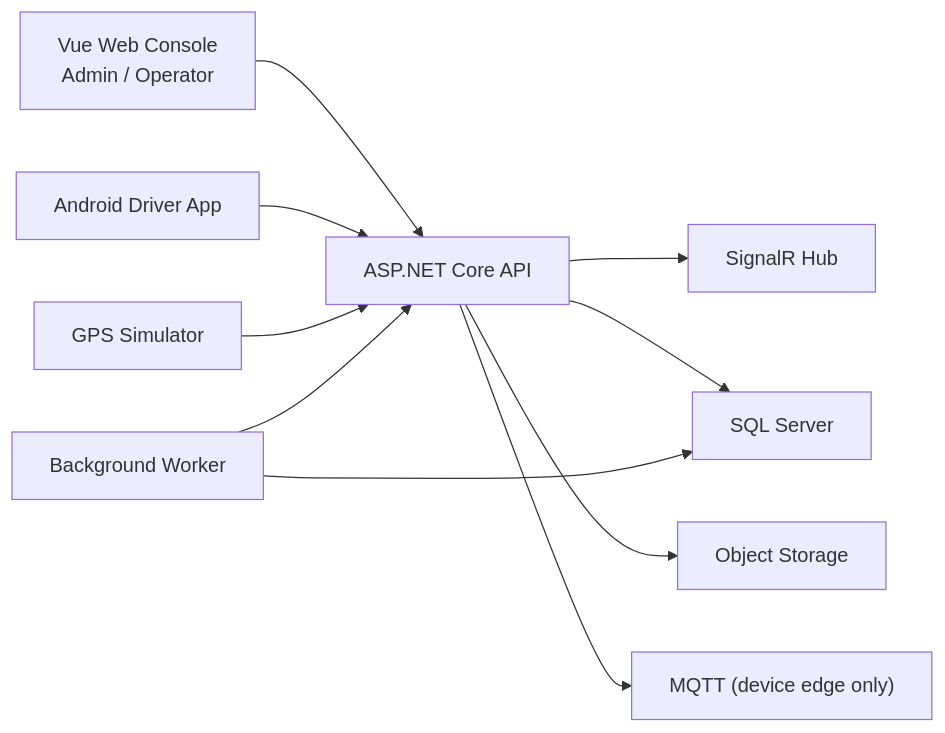
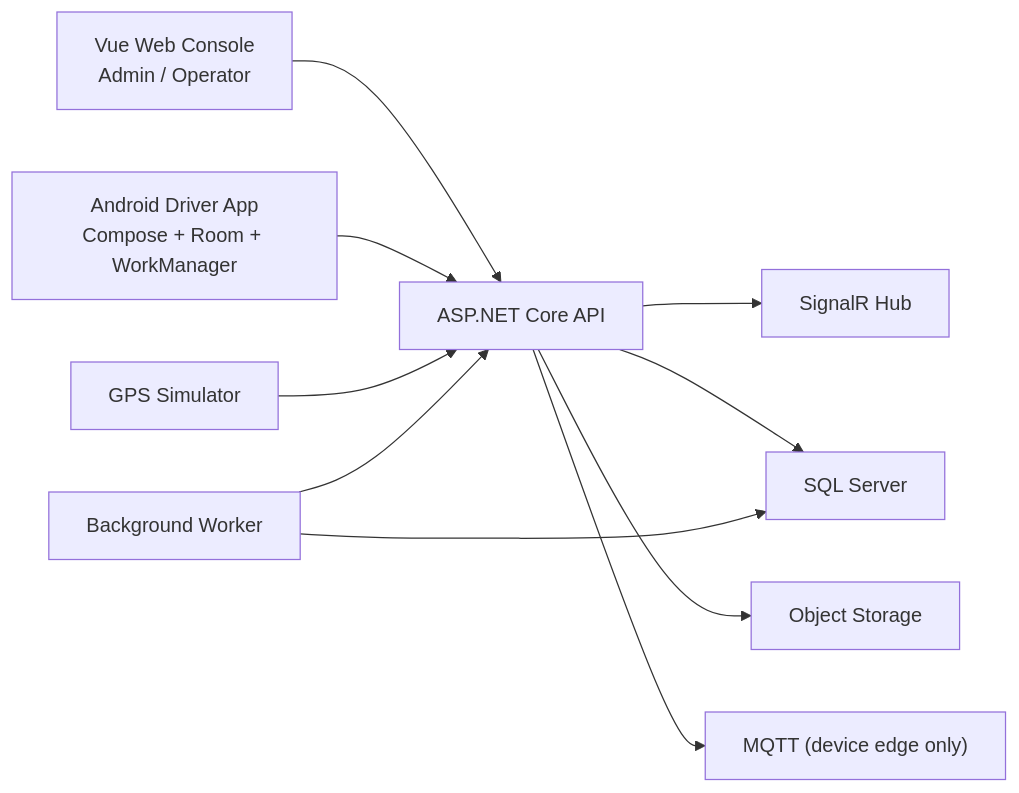
Before and after one commit to VirgileDjimgou/Orkystra: the first of 8 diagrams in README.md, drawn with Mermaid. The commit also changed other lines of this file and 55 other files, not shown here.

````diff
--- a/README.md
+++ b/README.md
@@ -41,12 +43,12 @@
 ```mermaid
 flowchart LR
     Web["Vue Web Console<br/>Admin / Operator"] --> Api["ASP.NET Core API"]
-    Android["Android Driver App"] --> Api
+    Android["Android Driver App<br/>Compose + Room + WorkManager"] --> Api
     Simulator["GPS Simulator"] --> Api
     Api --> SignalR["SignalR Hub"]
     Api --> Db["SQL Server"]
     Api --> ObjectStore["Object Storage"]
     Api --> Mqtt["MQTT (device edge only)"]
     Worker["Background Worker"] --> Db
     Worker --> Api
 ```
````
